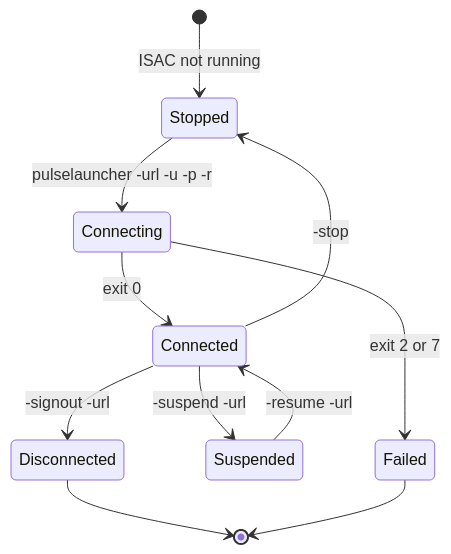
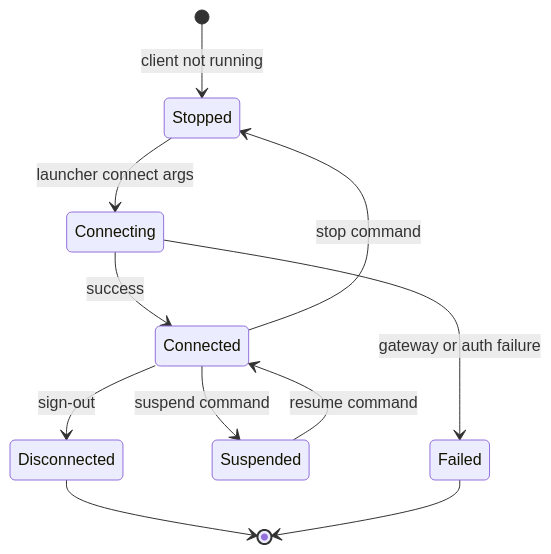
One commit to roto31/Tunnel-Monitor---Universal changed the third of 4 diagrams in docs/vpn-solutions/pulse-ivanti.md. Above: the diagram before and after it, drawn with Mermaid. The commit also changed other lines of this file and 22 other files, not shown here.

````diff
--- a/docs/vpn-solutions/pulse-ivanti.md
+++ b/docs/vpn-solutions/pulse-ivanti.md
@@ -69,13 +66,13 @@
 ```mermaid
 stateDiagram-v2
-    [*] --> Stopped: ISAC not running
-    Stopped --> Connecting: pulselauncher -url -u -p -r
-    Connecting --> Connected: exit 0
-    Connecting --> Failed: exit 2 or 7
-    Connected --> Suspended: -suspend -url
-    Suspended --> Connected: -resume -url
-    Connected --> Disconnected: -signout -url
-    Connected --> Stopped: -stop
+    [*] --> Stopped: client not running
+    Stopped --> Connecting: launcher connect args
+    Connecting --> Connected: success
+    Connecting --> Failed: gateway or auth failure
+    Connected --> Suspended: suspend command
+    Suspended --> Connected: resume command
+    Connected --> Disconnected: sign-out
+    Connected --> Stopped: stop command
     Disconnected --> [*]
     Failed --> [*]
 ```
````
